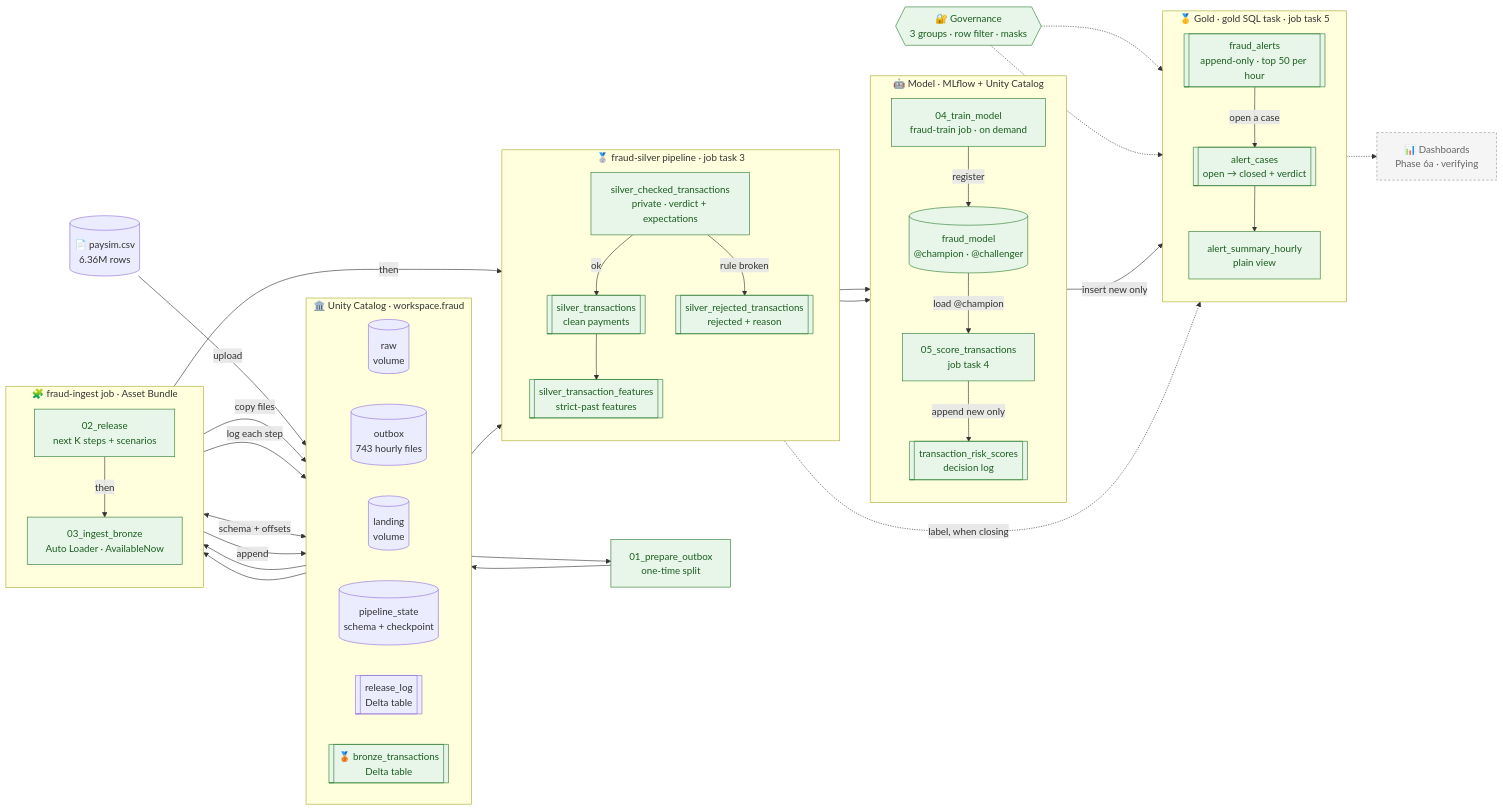
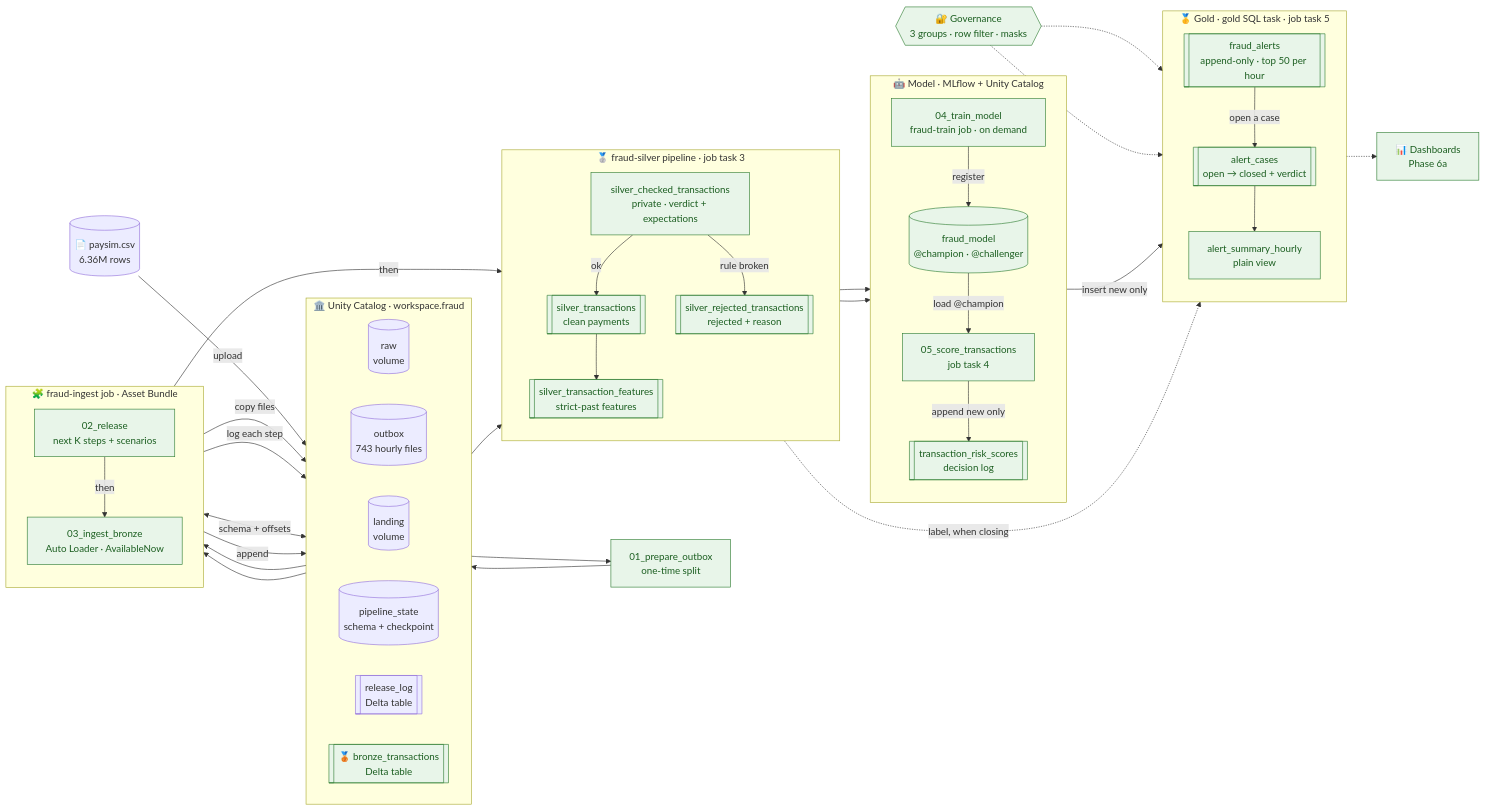
Before and after one commit to deepan-mehta-analytics/databricks-fraud-detection: the diagram in README.md, drawn with Mermaid. The commit also changed other lines of this file and 1 other file, not shown here.

First line of the commit message:
docs: record the Phase 6a checks across README and status

````diff
--- a/README.md
+++ b/README.md
@@ -164,82 +166,81 @@
 ```mermaid
 flowchart LR
     CSV[("📄 paysim.csv<br/>6.36M rows")]
 
     subgraph UC["🏛️ Unity Catalog · workspace.fraud"]
         direction LR
         RAW[("raw<br/>volume")]
         OUT[("outbox<br/>743 hourly files")]
         LAND[("landing<br/>volume")]
         STATE[("pipeline_state<br/>schema + checkpoint")]
         LOG[["release_log<br/>Delta table"]]
         BRONZE[["🥉 bronze_transactions<br/>Delta table"]]
     end
 
     subgraph JOB["🧩 fraud-ingest job · Asset Bundle"]
         direction TB
         REL["02_release<br/>next K steps + scenarios"]
         ING["03_ingest_bronze<br/>Auto Loader · AvailableNow"]
         REL -->|then| ING
     end
 
     SPLIT["01_prepare_outbox<br/>one-time split"]
 
     CSV -->|upload| RAW --> SPLIT --> OUT
     OUT --> REL
     REL -->|copy files| LAND
     REL -->|log each step| LOG
     LAND --> ING
     ING <-->|schema + offsets| STATE
     ING -->|append| BRONZE
 
     subgraph PIPE["🥈 fraud-silver pipeline · job task 3"]
         direction TB
         CHK["silver_checked_transactions<br/>private · verdict + expectations"]
         CLEAN[["silver_transactions<br/>clean payments"]]
         REJ[["silver_rejected_transactions<br/>rejected + reason"]]
         FEAT[["silver_transaction_features<br/>strict-past features"]]
         CHK -->|ok| CLEAN
         CHK -->|rule broken| REJ
         CLEAN --> FEAT
     end
 
     ING -->|then| CHK
     BRONZE --> CHK
 
     subgraph MODEL["🤖 Model · MLflow + Unity Catalog"]
         direction TB
         TRAIN["04_train_model<br/>fraud-train job · on demand"]
         REG[("fraud_model<br/>@champion · @challenger")]
         SCORE["05_score_transactions<br/>job task 4"]
         SCORES[["transaction_risk_scores<br/>decision log"]]
         TRAIN -->|register| REG
         REG -->|load @champion| SCORE
         SCORE -->|append new only| SCORES
     end
 
     FEAT --> TRAIN
     FEAT --> SCORE
 
     subgraph GOLD["🥇 Gold · gold SQL task · job task 5"]
         direction TB
         ALERTS[["fraud_alerts<br/>append-only · top 50 per hour"]]
         CASES[["alert_cases<br/>open → closed + verdict"]]
         SUMMARY["alert_summary_hourly<br/>plain view"]
         ALERTS -->|open a case| CASES
         CASES --> SUMMARY
     end
 
     SCORES -->|insert new only| ALERTS
     CLEAN -.->|label, when closing| CASES
 
     GOV{{"🔐 Governance<br/>3 groups · row filter · masks"}}
     GOV -.-> CASES
     GOV -.-> ALERTS
 
-    SUMMARY -.-> APP["📊 Dashboards<br/>Phase 6a · verifying"]
+    SUMMARY -.-> APP["📊 Dashboards<br/>Phase 6a"]
 
     classDef planned fill:#f5f5f5,stroke:#999,stroke-dasharray:4 3,color:#666
     classDef done fill:#e8f5e9,stroke:#2e7d32,color:#1b5e20
-    class APP planned
-    class REL,ING,SPLIT,BRONZE,CHK,CLEAN,REJ,FEAT,TRAIN,REG,SCORE,SCORES,ALERTS,CASES,SUMMARY,GOV done
+    class REL,ING,SPLIT,BRONZE,CHK,CLEAN,REJ,FEAT,TRAIN,REG,SCORE,SCORES,ALERTS,CASES,SUMMARY,GOV,APP done
 ```
````
